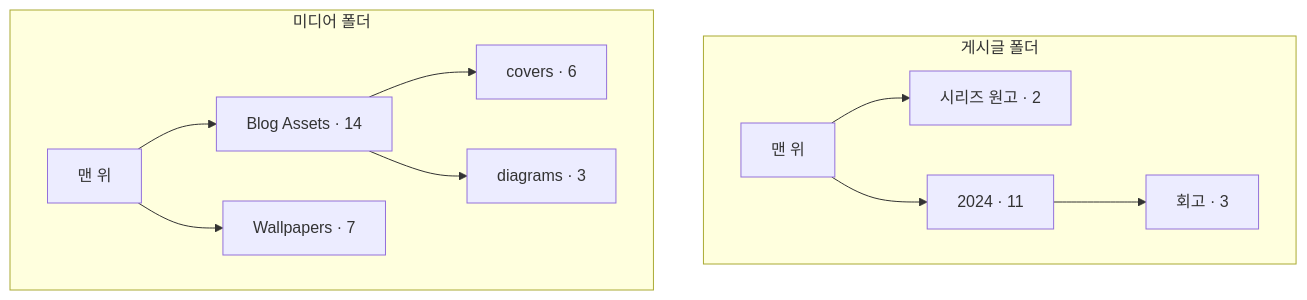
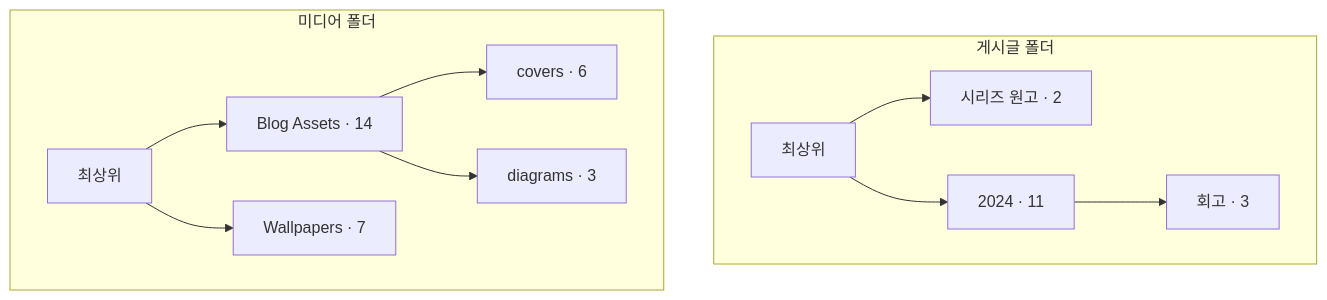
The first of 2 diagrams in docs/design/features/07-folders.md (monti-cms/monti), drawn with Mermaid before and after one commit. The commit also changed 24 other files, not shown here.

````diff
--- a/docs/design/features/07-folders.md
+++ b/docs/design/features/07-folders.md
@@ -24,14 +24,14 @@
 ```mermaid
 flowchart TD
   subgraph POST["게시글 폴더"]
-    P0["맨 위"] --> P1["시리즈 원고 · 2"]
+    P0["최상위"] --> P1["시리즈 원고 · 2"]
     P0 --> P2["2024 · 11"]
     P2 --> P3["회고 · 3"]
   end
   subgraph MEDIA["미디어 폴더"]
-    M0["맨 위"] --> M1["Blog Assets · 14"]
+    M0["최상위"] --> M1["Blog Assets · 14"]
     M1 --> M2["covers · 6"]
     M1 --> M3["diagrams · 3"]
     M0 --> M4["Wallpapers · 7"]
   end
 ```
````
